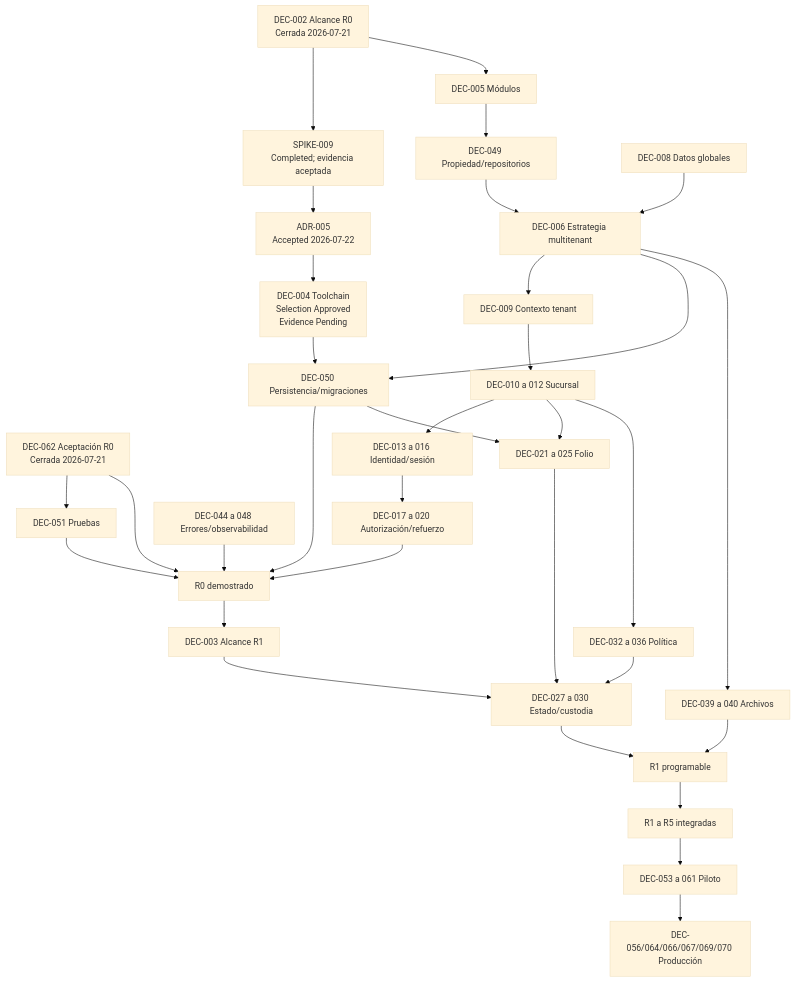
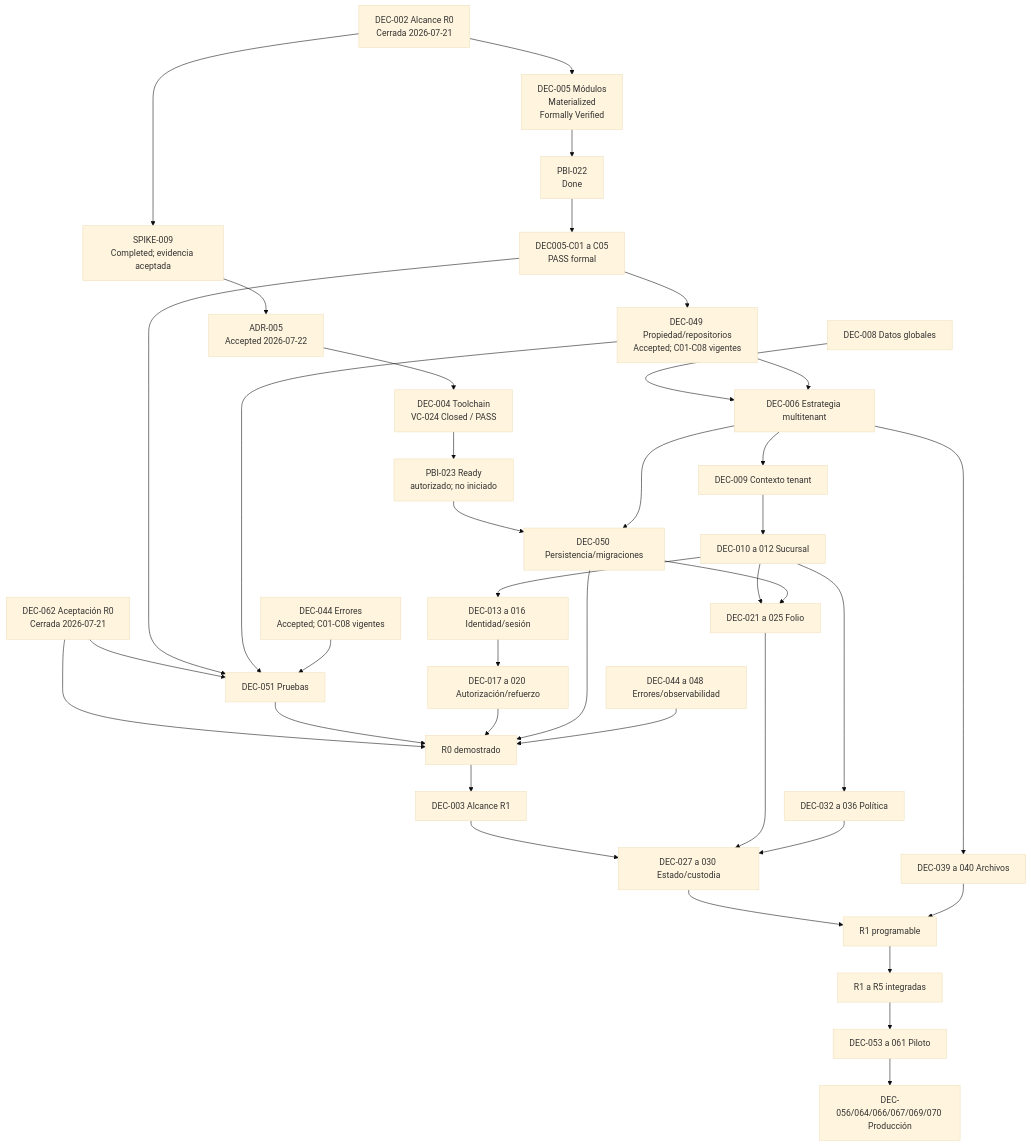
Before and after one commit to luisgtzaviles/SrTaller-2.0: the diagram in docs/architecture-readiness/blocker-closure/DEPENDENCIAS_ENTRE_DECISIONES.md, drawn with Mermaid (base theme). The commit also changed other lines of this file and 154 other files, not shown here.

First line of the commit message:
chore: consolidate Sprint 00 architecture and verification gates (#1)

````diff
--- a/docs/architecture-readiness/blocker-closure/DEPENDENCIAS_ENTRE_DECISIONES.md
+++ b/docs/architecture-readiness/blocker-closure/DEPENDENCIAS_ENTRE_DECISIONES.md
@@ -5,39 +5,45 @@
 ```mermaid
 flowchart TD
     SCOPE[DEC-002 Alcance R0<br/>Cerrada 2026-07-21] --> SPIKE9[SPIKE-009<br/>Completed; evidencia aceptada]
     SPIKE9 --> ADR5[ADR-005<br/>Accepted 2026-07-22]
-    ADR5 --> STACK[DEC-004 Toolchain<br/>Selection Approved<br/>Evidence Pending]
-    SCOPE --> MODULES[DEC-005 Módulos]
-    ACCEPT[DEC-062 Aceptación R0<br/>Cerrada 2026-07-21] --> TEST[DEC-051 Pruebas]
+    ADR5 --> STACK[DEC-004 Toolchain<br/>VC-024 Closed / PASS]
+    SCOPE --> MODULES[DEC-005 Módulos<br/>Materialized<br/>Formally Verified]
+    MODULES --> PBI22[PBI-022<br/>Done]
+    PBI22 --> D5E[DEC005-C01 a C05<br/>PASS formal]
+    ACCEPT[DEC-062 Aceptación R0<br/>Cerrada 2026-07-21] --> TEST[DEC-051 Accepted<br/>C01/C07/C09 Satisfied]
     ACCEPT --> R0
-    STACK --> DATA[DEC-050 Persistencia/migraciones]
-    MODULES --> OWN[DEC-049 Propiedad/repositorios]
+    STACK --> PBI23[PBI-023 Ready<br/>autorizado; no iniciado]
+    PBI23 --> DATA[DEC-050 Persistencia/migraciones]
+    D5E --> OWN[DEC-049 Propiedad/repositorios<br/>Accepted; C01-C08 vigentes]
+    D5E --> TEST
+    OWN --> TEST
+    ERR[DEC-044 Errores<br/>Accepted; C01-C08 vigentes] --> TEST
 
     GLOBAL[DEC-008 Datos globales] --> MT[DEC-006 Estrategia multitenant]
     OWN --> MT
     MT --> TC[DEC-009 Contexto tenant]
     TC --> BR[DEC-010 a 012 Sucursal]
     BR --> ID[DEC-013 a 016 Identidad/sesión]
     ID --> AUTH[DEC-017 a 020 Autorización/refuerzo]
     MT --> DATA
 
     TEST[DEC-051 Pruebas] --> R0[R0 demostrado]
     AUTH --> R0
     DATA --> R0
     OBS[DEC-044 a 048 Errores/observabilidad] --> R0
 
     R0 --> R1S[DEC-003 Alcance R1]
     BR --> FOLIO[DEC-021 a 025 Folio]
     DATA --> FOLIO
     R1S --> CUST[DEC-027 a 030 Estado/custodia]
     FOLIO --> CUST
     BR --> POLICY[DEC-032 a 036 Política]
     POLICY --> CUST
     MT --> FILES[DEC-039 a 040 Archivos]
     CUST --> R1[R1 programable]
     FILES --> R1
 
     R1 --> MVP[R1 a R5 integradas]
     MVP --> PILOT[DEC-053 a 061 Piloto]
     PILOT --> PROD[DEC-056/064/066/067/069/070 Producción]
 ```
````
